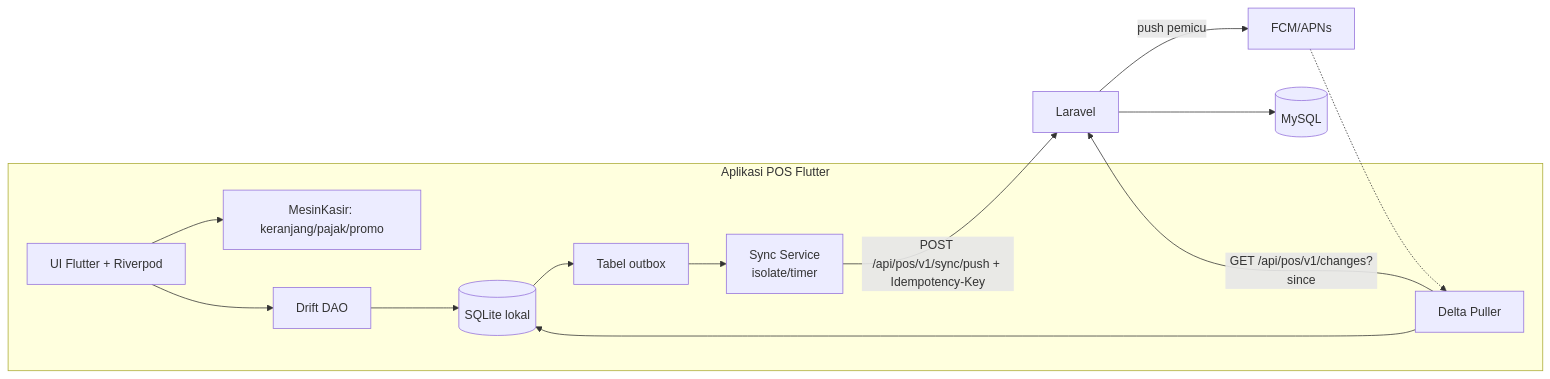
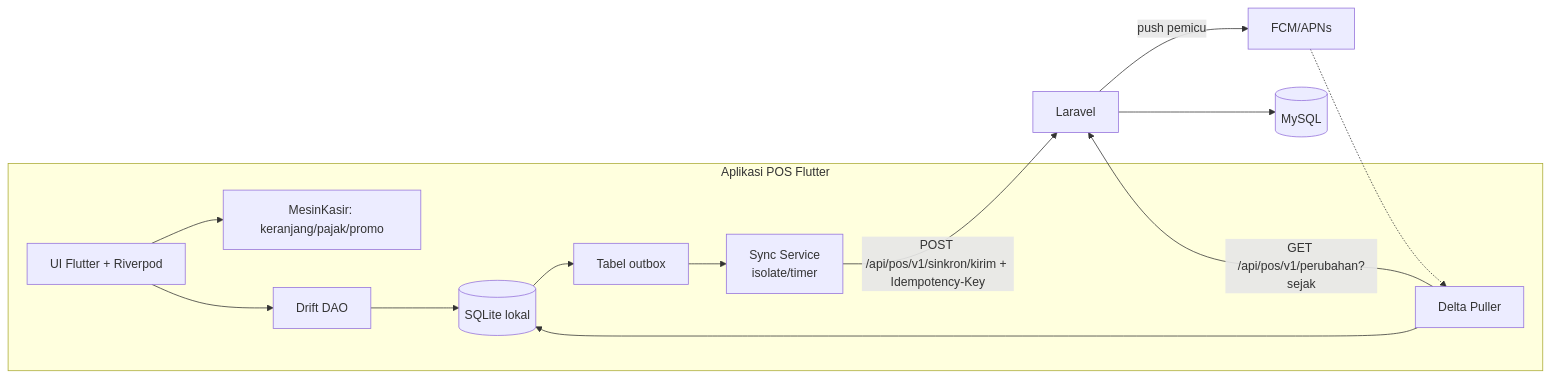
One commit to ahmad-affandi08/POS-SAAS changed the eighth of 9 diagrams in PRD.md. Above: the diagram before and after it, drawn with Mermaid. The commit also changed other lines of this file, not shown here.

````diff
--- a/PRD.md
+++ b/PRD.md
@@ -2413,15 +2421,15 @@
 ```mermaid
 flowchart LR
     subgraph APP["Aplikasi POS Flutter"]
       UI[UI Flutter + Riverpod] --> ENG[MesinKasir: keranjang/pajak/promo]
       UI --> DAO[Drift DAO]
       DAO --> DB[(SQLite lokal)]
       DB --> OB[Tabel outbox]
       OB --> SYNC[Sync Service<br/>isolate/timer]
       PULL[Delta Puller] --> DB
     end
-    SYNC -- POST /api/pos/v1/sync/push + Idempotency-Key --> API[Laravel]
-    PULL -- GET /api/pos/v1/changes?since --> API
+    SYNC -- POST /api/pos/v1/sinkron/kirim + Idempotency-Key --> API[Laravel]
+    PULL -- GET /api/pos/v1/perubahan?sejak --> API
     API -- push pemicu --> FCM[FCM/APNs] -.-> PULL
     API --> MY[(MySQL)]
 ```
````
